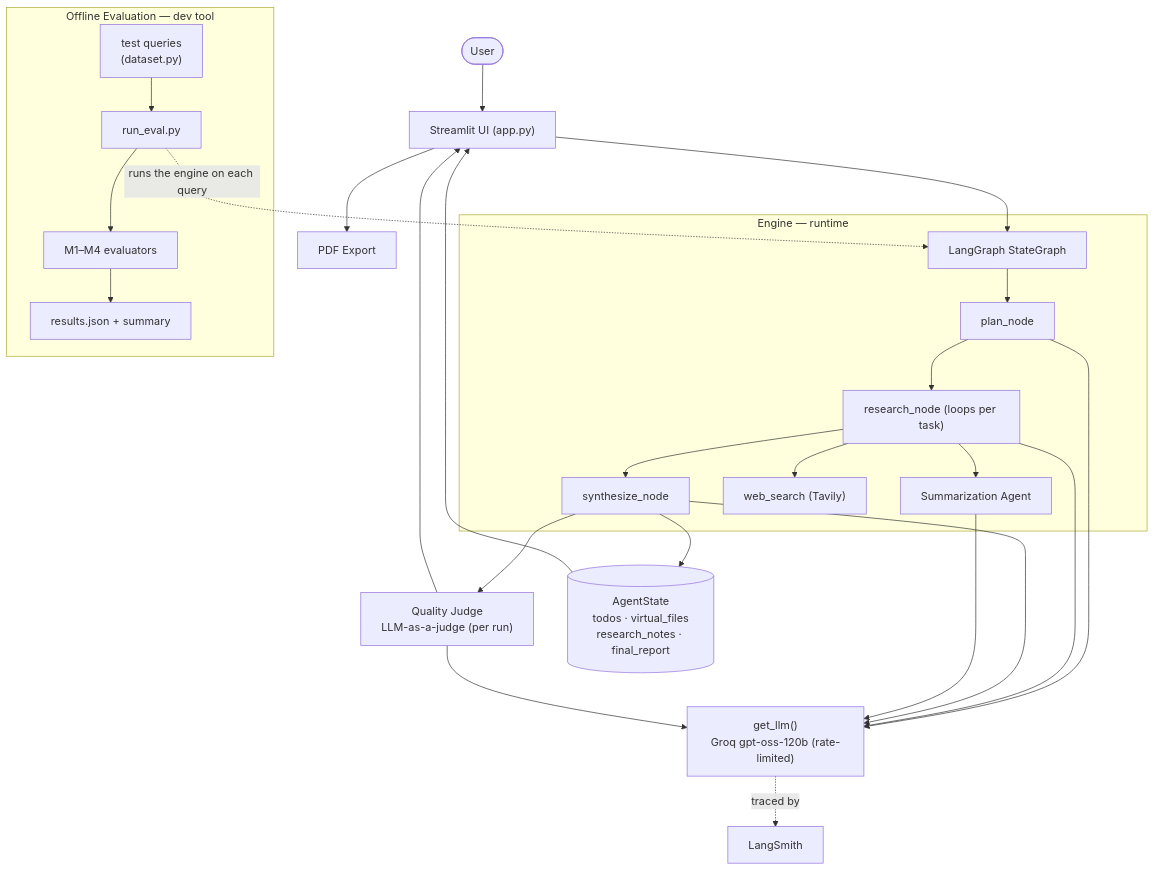
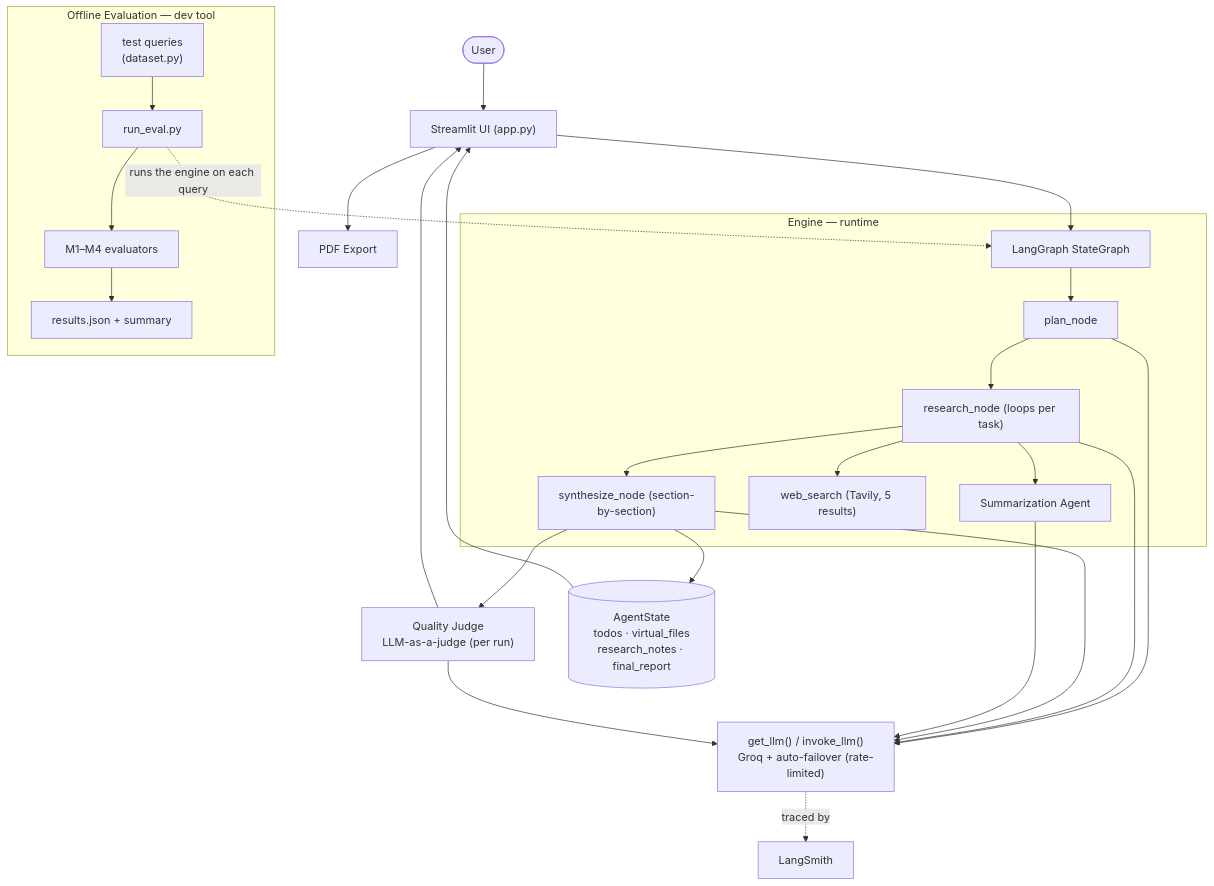
The first of 3 diagrams in README.md (Subhashreepattnaik/Autonomous_Cognitive_Engine), drawn with Mermaid before and after one commit. The commit also changed other lines of this file, not shown here.

Commit message:
Update README: auto-failover, section-by-section synthesis, quality badge, M4 results

````diff
--- a/README.md
+++ b/README.md
@@ -50,33 +51,33 @@
 ```mermaid
 graph TD
     User([User]) --> UI["Streamlit UI (app.py)"]
     UI --> Graph["LangGraph StateGraph"]
 
     subgraph engine["Engine — runtime"]
       Graph --> Plan["plan_node"]
       Plan --> Research["research_node (loops per task)"]
-      Research --> Synth["synthesize_node"]
-      Research --> Tavily["web_search (Tavily)"]
+      Research --> Synth["synthesize_node (section-by-section)"]
+      Research --> Tavily["web_search (Tavily, 5 results)"]
       Research --> Summ["Summarization Agent"]
     end
 
     Synth --> Judge["Quality Judge<br/>LLM-as-a-judge (per run)"]
     Judge --> UI
     Synth --> State[("AgentState<br/>todos · virtual_files<br/>research_notes · final_report")]
     State --> UI
     UI --> PDF["PDF Export"]
 
-    Plan --> LLM["get_llm()<br/>Groq gpt-oss-120b (rate-limited)"]
+    Plan --> LLM["get_llm() / invoke_llm()<br/>Groq + auto-failover (rate-limited)"]
     Research --> LLM
     Synth --> LLM
     Summ --> LLM
     Judge --> LLM
     LLM -. "traced by" .-> LS["LangSmith"]
 
     subgraph evalsuite["Offline Evaluation — dev tool"]
       Data["test queries<br/>(dataset.py)"] --> Runner["run_eval.py"]
       Runner --> Evs["M1–M4 evaluators"]
       Evs --> Results["results.json + summary"]
     end
     Runner -. "runs the engine on each query" .-> Graph
 ```
````
